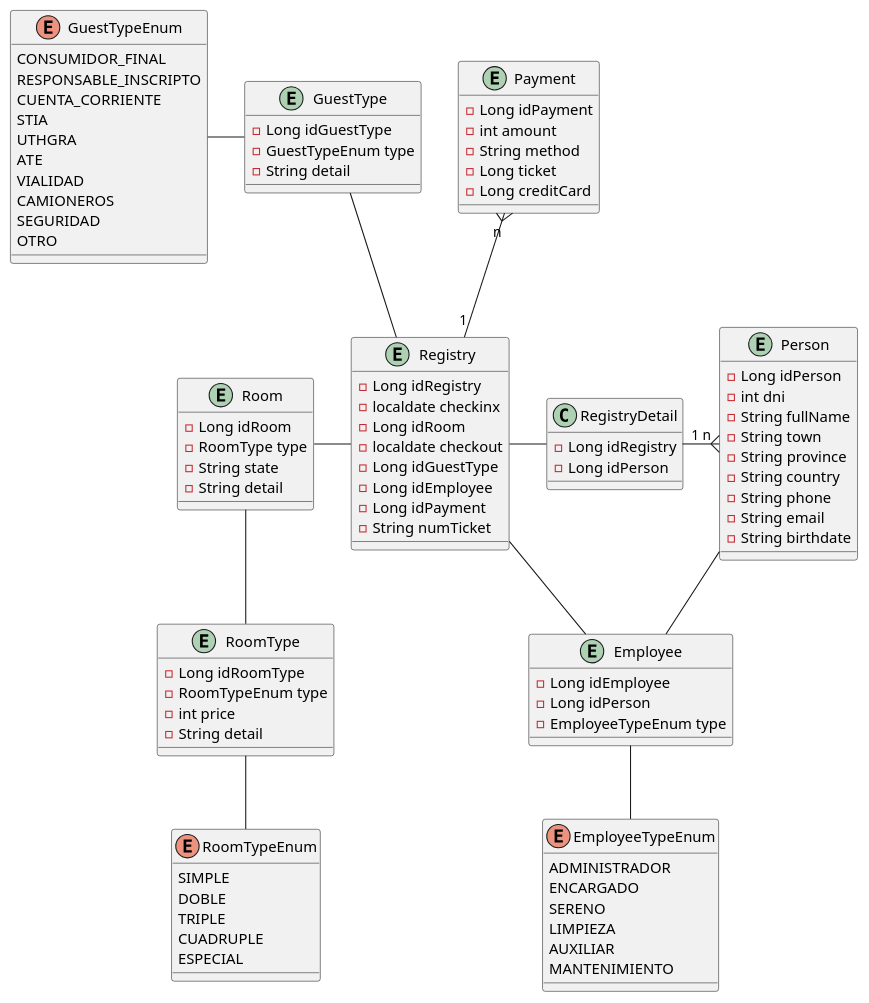
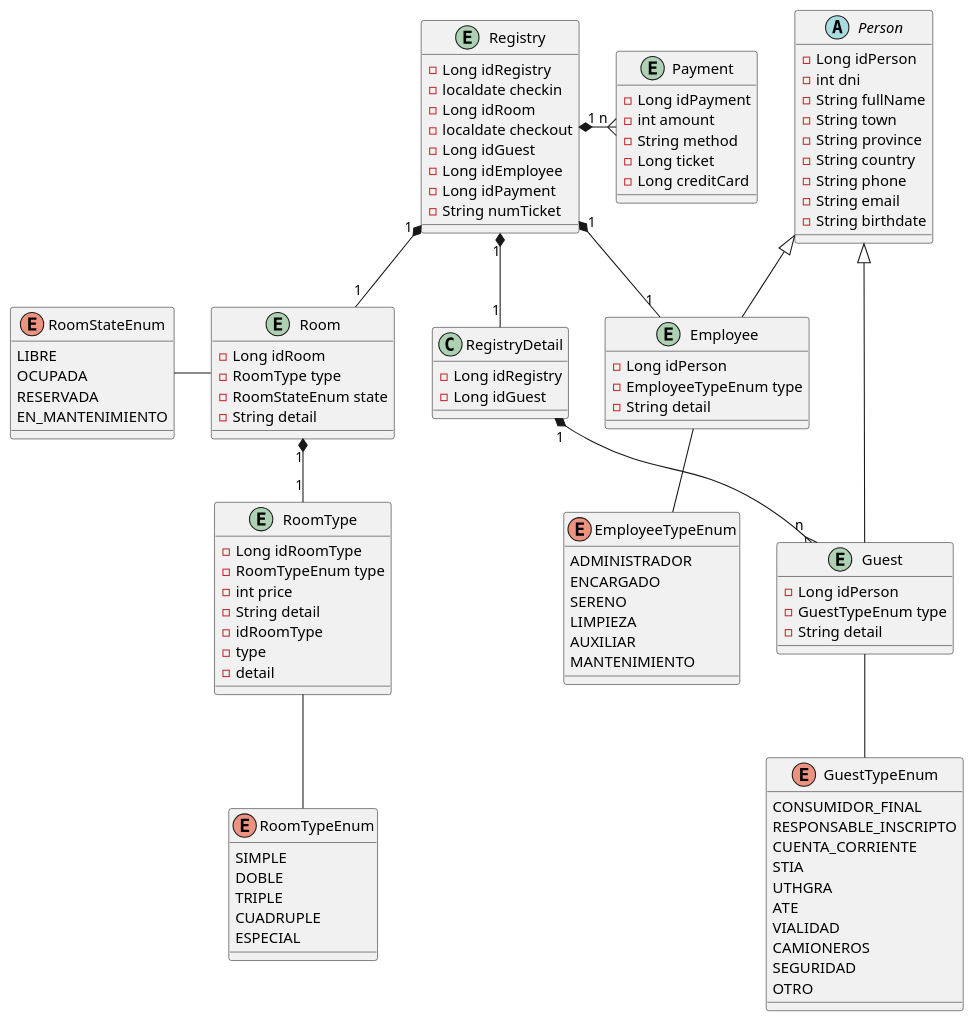
Before and after one commit to garmitano/SGRD_guest_book: the diagram in docs/uml/registryEntityDiagram.plantuml, drawn with PlantUML. The commit also changed 33 other files, not shown here.

Commit message:
feat: complete crud and views to employee and guest class, fix: erase  guestType class and create guest as person child

```diff
--- a/docs/uml/registryEntityDiagram.plantuml
+++ b/docs/uml/registryEntityDiagram.plantuml
@@ -1,109 +1,126 @@
 @startuml entityDetail
 
-entity Person{
+abstract Person{
     - Long idPerson
     - int dni
     - String fullName
     - String town
     - String province
     - String country
     - String phone
     - String email
     - String birthdate
 }
 
-entity GuestType{
-    - Long idGuestType
+entity Guest{
+    - Long idPerson
     - GuestTypeEnum type
     - String detail
 }
 
 entity Employee{
-    - Long idEmployee
     - Long idPerson
     - EmployeeTypeEnum type
+    - String detail
 }
 
 entity RoomType{
     - Long idRoomType
     - RoomTypeEnum type
     - int price
     - String detail
 }
 
 entity Room{
     - Long idRoom
     - RoomType type
-    - String state
+    - RoomStateEnum state
     - String detail
+}
+
+entity RoomType{
+    - idRoomType
+    - type
+    - detail
 }
 
 entity Payment{
     - Long idPayment
     - int amount
     - String method
     - Long ticket
     - Long creditCard
 }
 
 entity Registry{
     - Long idRegistry
-    - localdate checkinx
+    - localdate checkin
     - Long idRoom
     - localdate checkout
-    - Long idGuestType
+    - Long idGuest
     - Long idEmployee
     - Long idPayment
     - String numTicket
 }
 
+
 class RegistryDetail{
     - Long idRegistry
-    - Long idPerson
+    - Long idGuest
 }
 
 enum EmployeeTypeEnum{
     ADMINISTRADOR
     ENCARGADO
     SERENO
     LIMPIEZA
     AUXILIAR
     MANTENIMIENTO
 }
 
 enum GuestTypeEnum{
     CONSUMIDOR_FINAL
     RESPONSABLE_INSCRIPTO
     CUENTA_CORRIENTE
     STIA
     UTHGRA
     ATE
     VIALIDAD
     CAMIONEROS
     SEGURIDAD
     OTRO
 }
 
 enum RoomTypeEnum{
     SIMPLE
     DOBLE
     TRIPLE
     CUADRUPLE
     ESPECIAL
 }
 
-Person "n" }-left- "1" RegistryDetail
-Person -- Employee
+enum RoomStateEnum{
+    LIBRE
+    OCUPADA
+    RESERVADA
+    EN_MANTENIMIENTO
+}
 
-Room -- RoomType
+Registry "1" *-down- "1" RegistryDetail
+Registry "1" *-- "1" Room
+Payment "n" }-left-* "1" Registry
 
-Registry -right- RegistryDetail
-Registry -left- Room
-Registry -up- GuestType
-Payment "n" }-- "1" Registry
-Registry -- Employee
+Room "1" *-- "1" RoomType
+
+RegistryDetail "1" *--{ "n" Guest
+Registry "1" *-- "1" Employee
+
+Person <|-- Guest
+Person <|-- Employee
+
 Employee -- EmployeeTypeEnum
-GuestType -left- GuestTypeEnum
+Guest -- GuestTypeEnum
 RoomType -- RoomTypeEnum
+Room -left- RoomStateEnum
 
 @enduml
```
